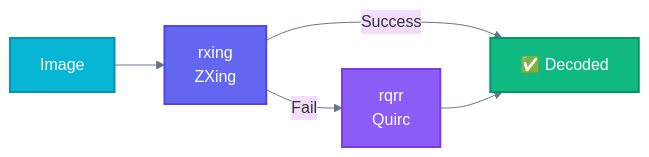
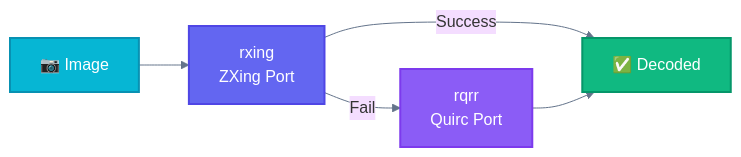
Before and after one commit to supernovae-ai/qrai-scanner: the sixth of 6 diagrams in README.md, drawn with Mermaid. The commit also changed other lines of this file, not shown here.

First line of the commit message:
docs: deep polish README with semantic fixes and enhanced diagrams

````diff
--- a/README.md
+++ b/README.md
@@ -305,16 +357,16 @@
 ```mermaid
 %%{init: {'theme': 'base', 'themeVariables': {'lineColor': '#64748b'}}}%%
 flowchart LR
     accTitle: Dual Decoder System
     accDescr: rxing as primary, rqrr as fallback
 
     classDef primary fill:#6366f1,stroke:#4f46e5,stroke-width:2px,color:#ffffff
     classDef fallback fill:#8b5cf6,stroke:#7c3aed,stroke-width:2px,color:#ffffff
     classDef success fill:#10b981,stroke:#059669,stroke-width:2px,color:#ffffff
     classDef data fill:#06b6d4,stroke:#0891b2,stroke-width:2px,color:#ffffff
 
-    IMG[Image]:::data --> RXING[rxing<br>ZXing]:::primary
+    IMG[📷 Image]:::data --> RXING[rxing<br/>ZXing Port]:::primary
     RXING -->|Success| DONE[✅ Decoded]:::success
-    RXING -->|Fail| RQRR[rqrr<br>Quirc]:::fallback
+    RXING -->|Fail| RQRR[rqrr<br/>Quirc Port]:::fallback
     RQRR --> DONE
 ```
````
